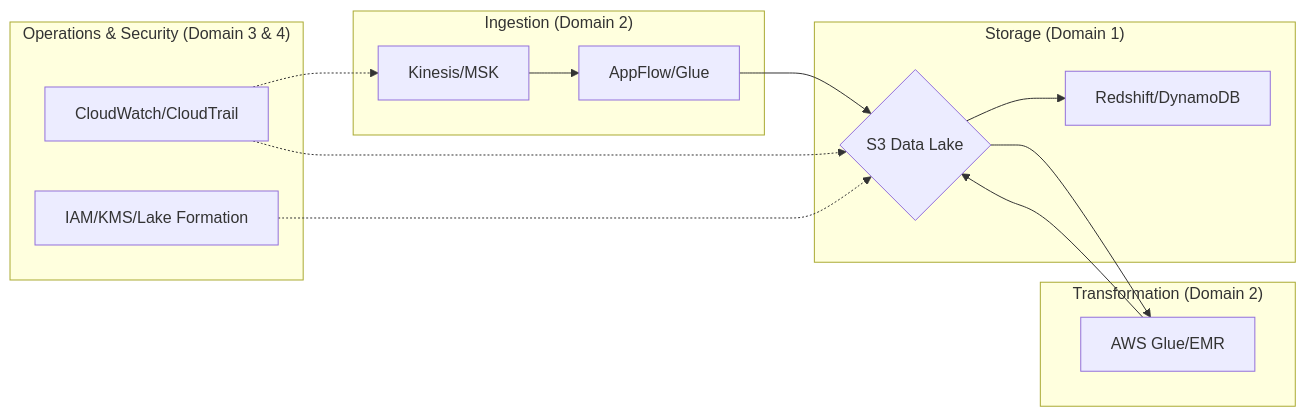
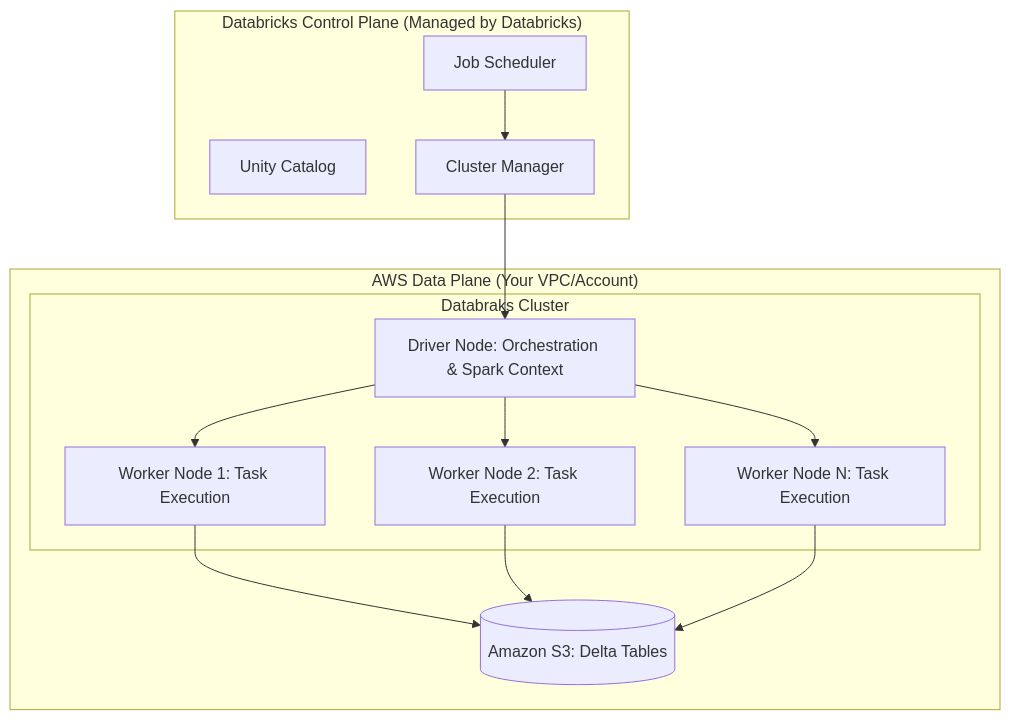
One commit to DataTechBridge-Projects/databricks-trainer changed the second of 14 diagrams in output/complete_course.md. Above: the diagram before and after it, drawn with Mermaid. The commit also changed other lines of this file and 33 other files, not shown here.

````diff
--- a/output/complete_course.md
+++ b/output/complete_course.md
@@ -338,22 +390,27 @@
 ```mermaid
-graph LR
-    subgraph "Ingestion (Domain 2)"
-        A[Kinesis/MSK] --> B[AppFlow/Glue]
+graph TD
+    subgraph "Databricks Control Plane (Managed by Databricks)"
+        UC[Unity Catalog]
+        JQ[Job Scheduler]
+        ClusterMgr[Cluster Manager]
     end
 
-    subgraph "Storage (Domain 1)"
-        B --> C{S3 Data Lake}
-        C --> D[Redshift/DynamoDB]
+    subgraph "AWS Data Plane (Your VPC/Account)"
+        subgraph "Databraks Cluster"
+            Driver[Driver Node: Orchestration & Spark Context]
+            Worker1[Worker Node 1: Task Execution]
+            Worker2[Worker Node 2: Task Execution]
+            WorkerN[Worker Node N: Task Execution]
+        end
+        S3[(Amazon S3: Delta Tables)]
     end
 
-    subgraph "Transformation (Domain 2)"
-        C --> E[AWS Glue/EMR]
-        E --> C
-    end
-
-    subgraph "Operations & Security (Domain 3 & 4)"
-        F[CloudWatch/CloudTrail] -.-> A
-        F -.-> C
-        G[IAM/KMS/Lake Formation] -.-> C
-    end
+    JQ --> ClusterMgr
+    ClusterMgr --> Driver
+    Driver --> Worker1
+    Driver --> Worker2
+    Driver --> WorkerN
+    Worker1 --> S3
+    Worker2 --> S3
+    WorkerN --> S3
 ```
````
